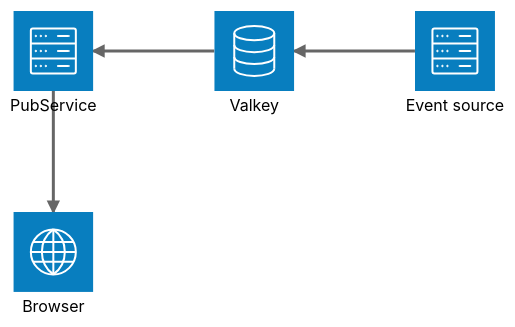
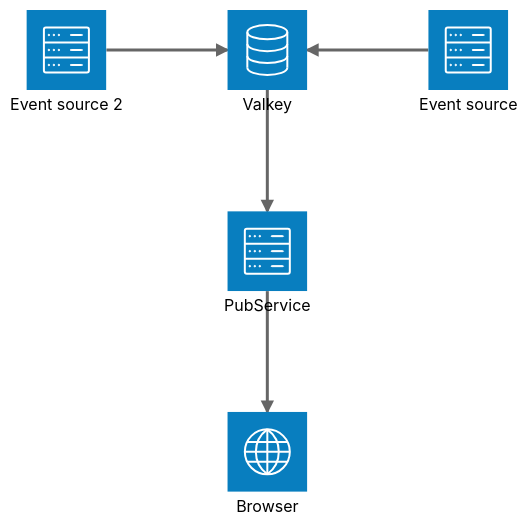
One commit to a-bulatov/EventSource-subscribe changed the diagram in readme.md. Above: the diagram before and after it, drawn with Mermaid (neutral theme).

Commit message:
схема

````diff
--- a/readme.md
+++ b/readme.md
@@ -11,11 +11,13 @@
 ```mermaid
 architecture-beta
     service valkey(database)[Valkey]
     service server(server)[PubService]
     service browser(internet)[Browser]
-    service events(server)[Event source]
+    service events1(server)[Event source]
+    service events2(server)[Event source 2]
 
-    events:L --> R:valkey
-    valkey:L --> R:server
-    server:B --> T:browser
+    events1:L --> R:valkey
+    valkey:L <-- R:events2
+    valkey:B --> T:server
+    server:B --> T:browser   
 ```
````
